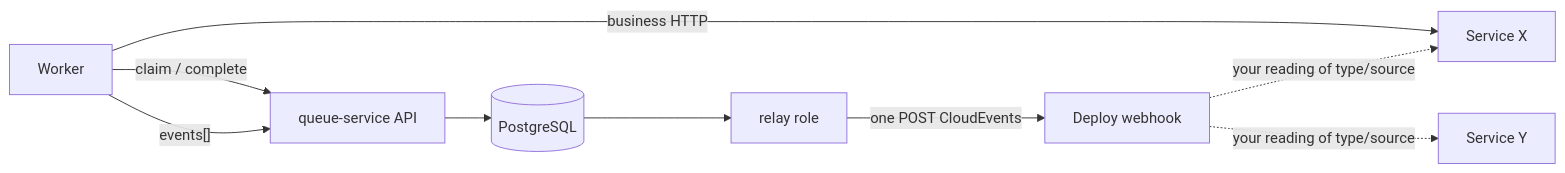
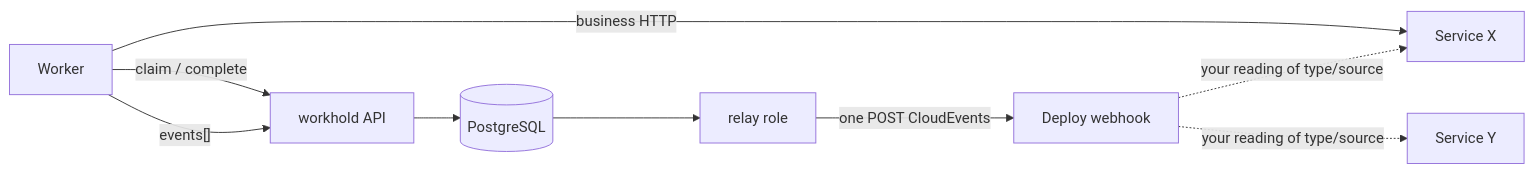
One commit to KoninMikhail/workhold-durable-work-queue changed the diagram in docs/01-concepts/12-delivery-outbox.md. Above: the diagram before and after it, drawn with Mermaid. The commit also changed other lines of this file and 582 other files, not shown here.

````diff
--- a/docs/01-concepts/12-delivery-outbox.md
+++ b/docs/01-concepts/12-delivery-outbox.md
@@ -32,18 +32,18 @@
 ```mermaid
 flowchart LR
   worker[Worker]
-  api["queue-service API"]
+  api["workhold API"]
   pg[("PostgreSQL")]
   relay["relay role"]
   sink[Deploy webhook]
   x[Service X]
   y[Service Y]
   worker -->|"claim / complete"| api
   worker -->|"business HTTP"| x
   api --> pg
   worker -->|"events[]"| api
   pg --> relay
   relay -->|"one POST CloudEvents"| sink
   sink -.->|"your reading of type/source"| x
   sink -.->|"your reading of type/source"| y
 ```
````
